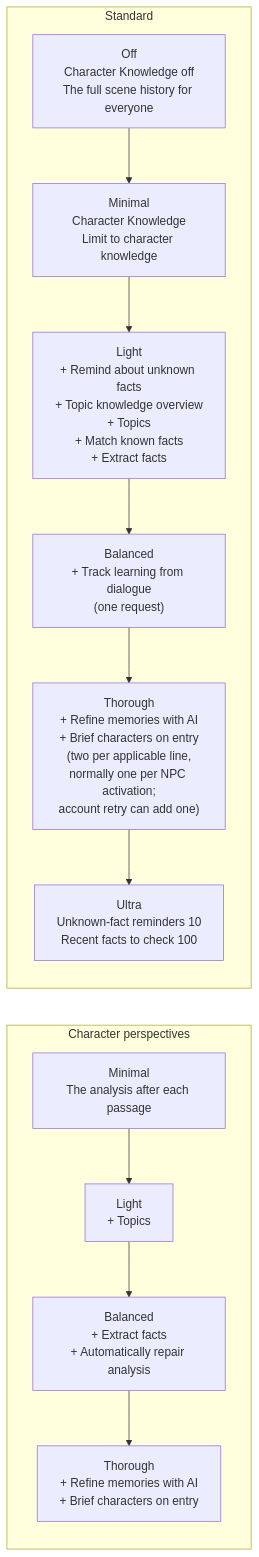
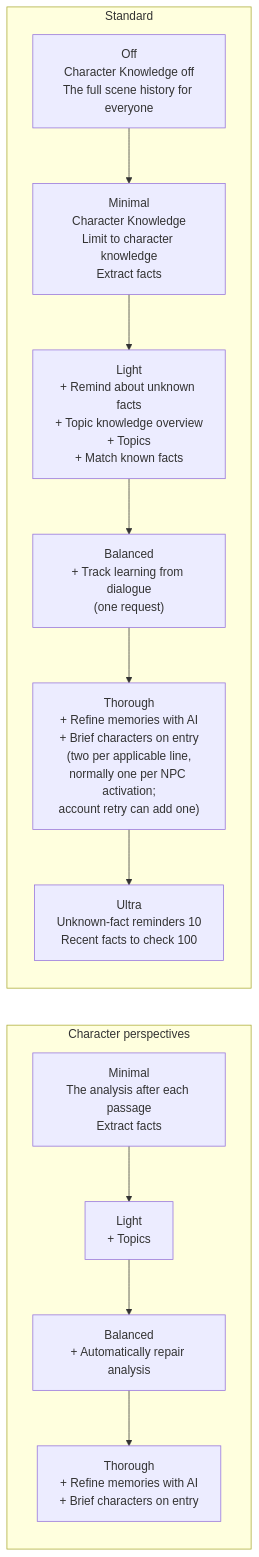
Before and after one commit to vegu-ai/talemate: the fourth of 5 diagrams in docs/user-guide/world-editor/knowledge-how-it-works.md, drawn with Mermaid. The commit also changed other lines of this file and 72 other files, not shown here.

````diff
--- a/docs/user-guide/world-editor/knowledge-how-it-works.md
+++ b/docs/user-guide/world-editor/knowledge-how-it-works.md
@@ -164,17 +160,17 @@
 ```mermaid
 flowchart LR
     subgraph "Character perspectives"
         direction TB
-        P1["Minimal<br/>The analysis after each passage"] --> P2["Light<br/>+ Topics"]
-        P2 --> P3["Balanced<br/>+ Extract facts<br/>+ Automatically repair analysis"]
+        P1["Minimal<br/>The analysis after each passage<br/>Extract facts"] --> P2["Light<br/>+ Topics"]
+        P2 --> P3["Balanced<br/>+ Automatically repair analysis"]
         P3 --> P4["Thorough<br/>+ Refine memories with AI<br/>+ Brief characters on entry"]
     end
     subgraph Standard
         direction TB
-        S0["Off<br/>Character Knowledge off<br/>The full scene history for everyone"] --> S1["Minimal<br/>Character Knowledge<br/>Limit to character knowledge"]
-        S1 --> S2["Light<br/>+ Remind about unknown facts<br/>+ Topic knowledge overview<br/>+ Topics<br/>+ Match known facts<br/>+ Extract facts"]
+        S0["Off<br/>Character Knowledge off<br/>The full scene history for everyone"] --> S1["Minimal<br/>Character Knowledge<br/>Limit to character knowledge<br/>Extract facts"]
+        S1 --> S2["Light<br/>+ Remind about unknown facts<br/>+ Topic knowledge overview<br/>+ Topics<br/>+ Match known facts"]
         S2 --> S3["Balanced<br/>+ Track learning from dialogue<br/>(one request)"]
         S3 --> S4["Thorough<br/>+ Refine memories with AI<br/>+ Brief characters on entry<br/>(two per applicable line,<br/>normally one per NPC activation;<br/>account retry can add one)"]
         S4 --> S5["Ultra<br/>Unknown-fact reminders 10<br/>Recent facts to check 100"]
     end
 ```
````
